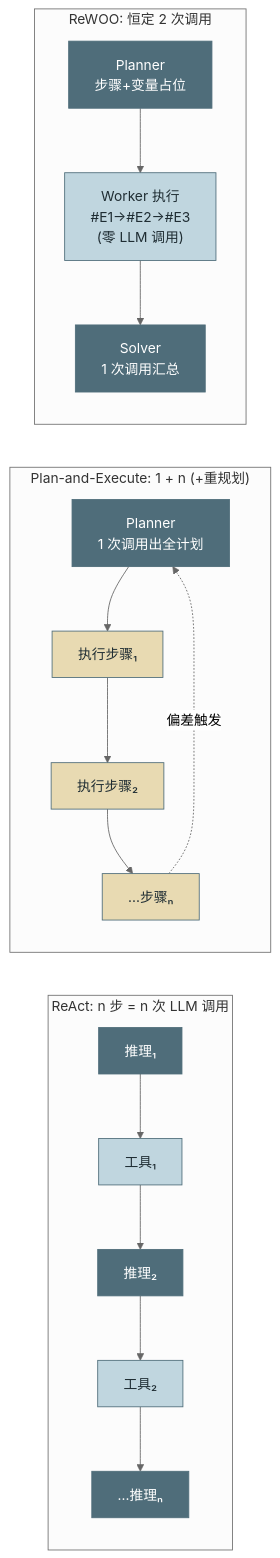
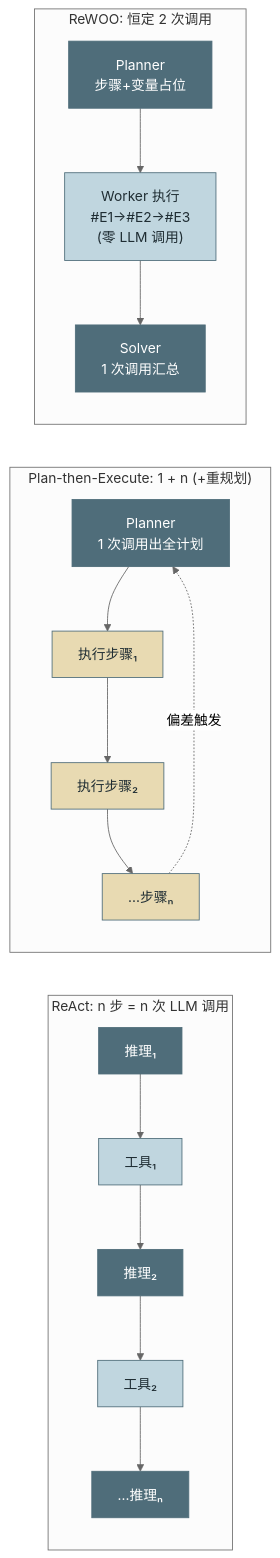
The second of 5 diagrams in 第二篇-单Agent核心机制/第04章-规划与推理.md (cdavid817/agent-book), drawn with Mermaid (neutral theme) before and after one commit. The commit also changed other lines of this file and 1 other file, not shown here.

````diff
--- a/第二篇-单Agent核心机制/第04章-规划与推理.md
+++ b/第二篇-单Agent核心机制/第04章-规划与推理.md
@@ -55,20 +55,20 @@
 ```mermaid
 graph LR
     subgraph R["ReAct: n 步 = n 次 LLM 调用"]
         R1["推理₁"] --> R2["工具₁"] --> R3["推理₂"] --> R4["工具₂"] --> R5["...推理ₙ"]
     end
-    subgraph P["Plan-and-Execute: 1 + n (+重规划)"]
+    subgraph P["Plan-then-Execute: 1 + n (+重规划)"]
         P1["Planner<br/>1 次调用出全计划"] --> P2["执行步骤₁"] --> P3["执行步骤₂"] --> P4["...步骤ₙ"]
         P4 -.->|"偏差触发"| P1
     end
     subgraph W["ReWOO: 恒定 2 次调用"]
         W1["Planner<br/>步骤+变量占位"] --> W2["Worker 执行<br/>#E1→#E2→#E3<br/>(零 LLM 调用)"] --> W3["Solver<br/>1 次调用汇总"]
     end
 
     classDef llm fill:#4F6D7A,stroke:#4F6D7A,color:#ffffff
     classDef tool fill:#C0D6DF,stroke:#4F6D7A,color:#1f2d33
     classDef mix fill:#E8DAB2,stroke:#4F6D7A,color:#1f2d33
     class R1,R3,R5,P1,W1,W3 llm
     class R2,R4,W2 tool
     class P2,P3,P4 mix
 ```
````
